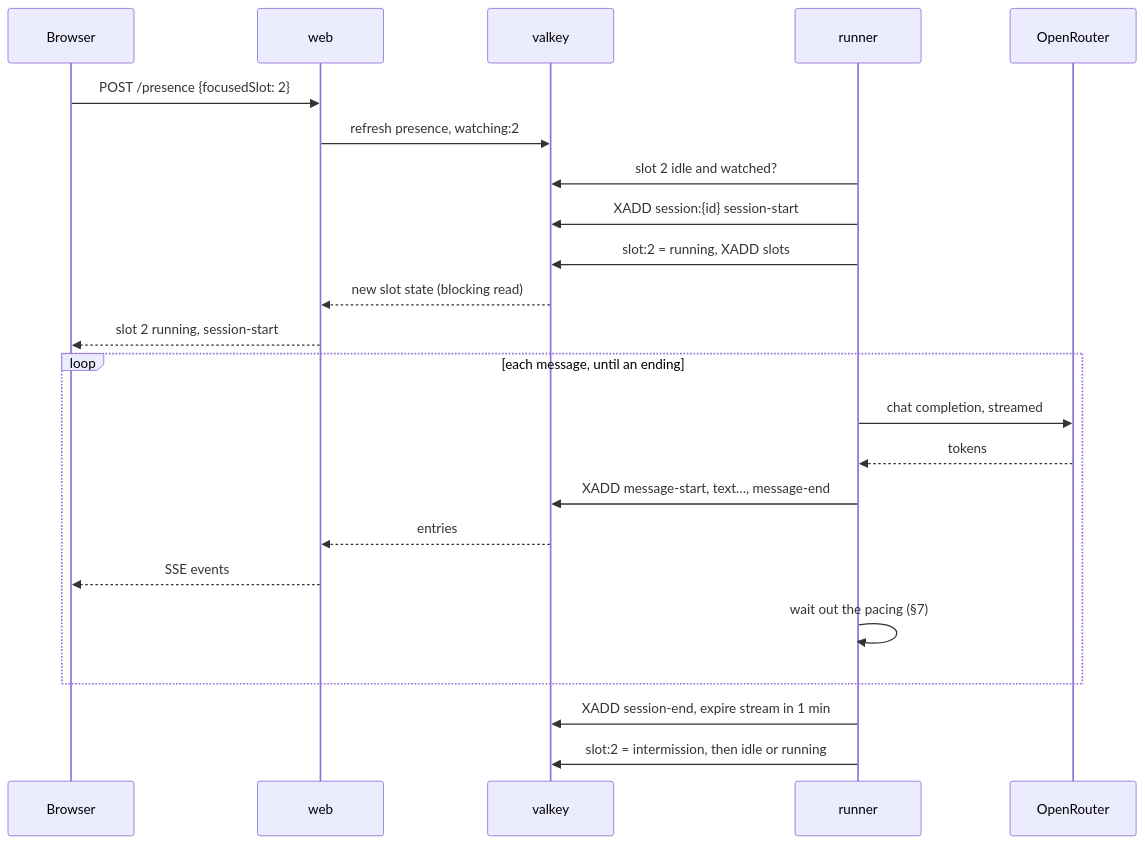
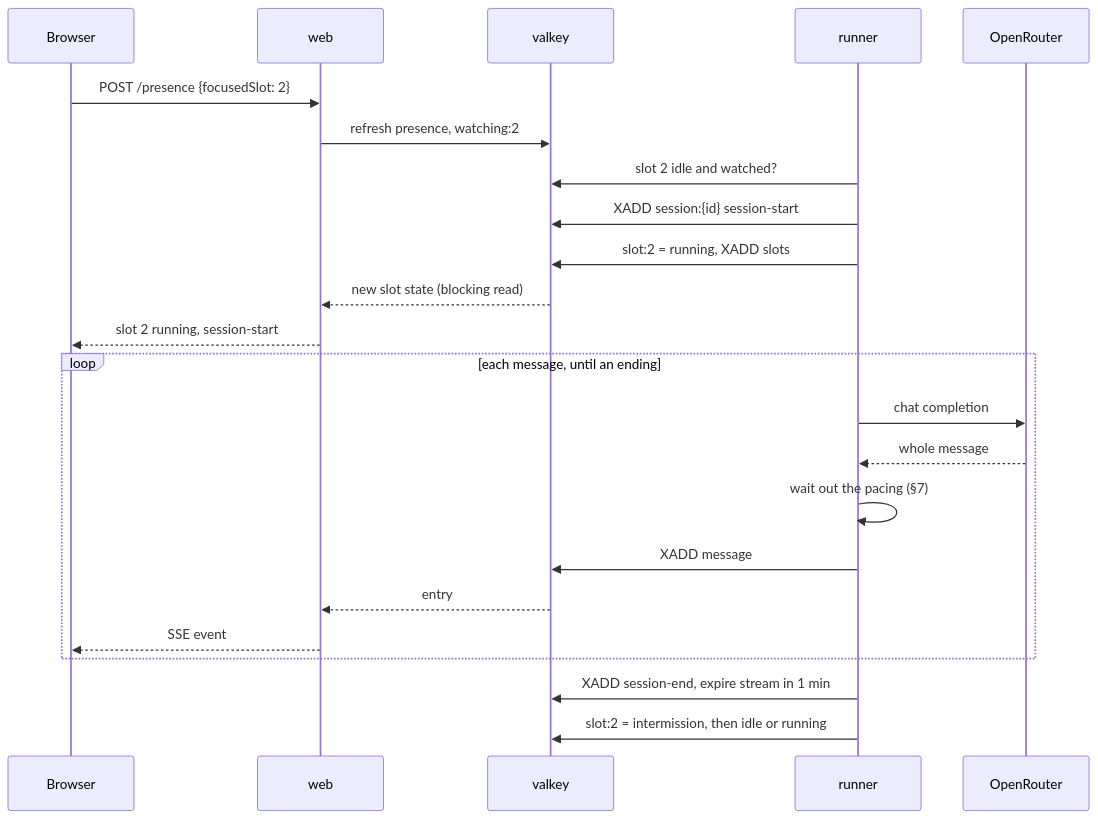
One commit to jparta/Explorer-and-Pretender changed the third of 3 diagrams in docs/phase-1/architecture.md. Above: the diagram before and after it, drawn with Mermaid. The commit also changed other lines of this file, not shown here.

First line of the commit message:
Switch the architecture to whole messages (D31)

````diff
--- a/docs/phase-1/architecture.md
+++ b/docs/phase-1/architecture.md
@@ -173,26 +170,26 @@
 ```mermaid
 sequenceDiagram
   participant B as Browser
   participant W as web
   participant V as valkey
   participant R as runner
   participant O as OpenRouter
 
   B->>W: POST /presence {focusedSlot: 2}
   W->>V: refresh presence, watching:2
   R->>V: slot 2 idle and watched?
   R->>V: XADD session:{id} session-start
   R->>V: slot:2 = running, XADD slots
   V-->>W: new slot state (blocking read)
   W-->>B: slot 2 running, session-start
   loop each message, until an ending
-    R->>O: chat completion, streamed
-    O-->>R: tokens
-    R->>V: XADD message-start, text…, message-end
-    V-->>W: entries
-    W-->>B: SSE events
+    R->>O: chat completion
+    O-->>R: whole message
     R->>R: wait out the pacing (§7)
+    R->>V: XADD message
+    V-->>W: entry
+    W-->>B: SSE event
   end
   R->>V: XADD session-end, expire stream in 1 min
   R->>V: slot:2 = intermission, then idle or running
 ```
````
